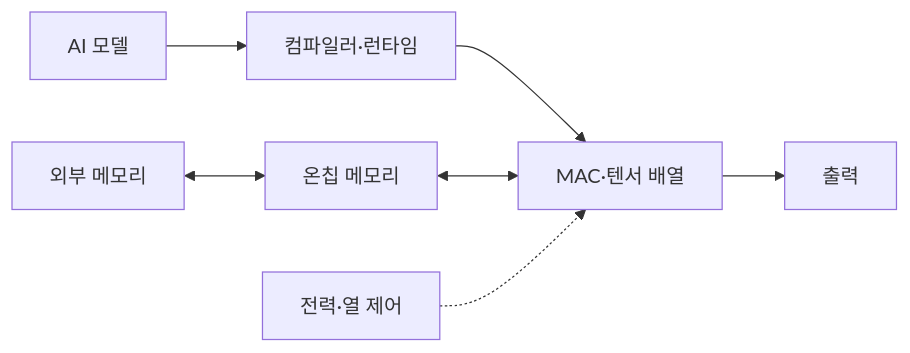
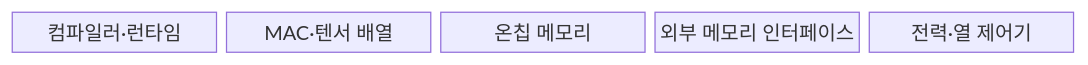
Before and after one commit to agnusdei1207/knowledge-base: the first of 2 diagrams in src/content/docs/notes/08-latest-tech/140_ai_accelerator.md, drawn with Mermaid. The commit also changed other lines of this file and 23 other files, not shown here.

````diff
--- a/src/content/docs/notes/08-latest-tech/140_ai_accelerator.md
+++ b/src/content/docs/notes/08-latest-tech/140_ai_accelerator.md
@@ -51,9 +56,9 @@
 ```mermaid
-flowchart LR
-    M[AI 모델] --> C[컴파일러·런타임]
-    C --> A[MAC·텐서 배열]
-    H[온칩 메모리] <--> A
-    E[외부 메모리] <--> H
-    A --> O[출력]
-    P[전력·열 제어] -.-> A
+block-beta
+    columns 5
+    C["컴파일러·런타임"]
+    A["MAC·텐서 배열"]
+    O["온칩 메모리"]
+    E["외부 메모리 인터페이스"]
+    P["전력·열 제어기"]
 ```
````
